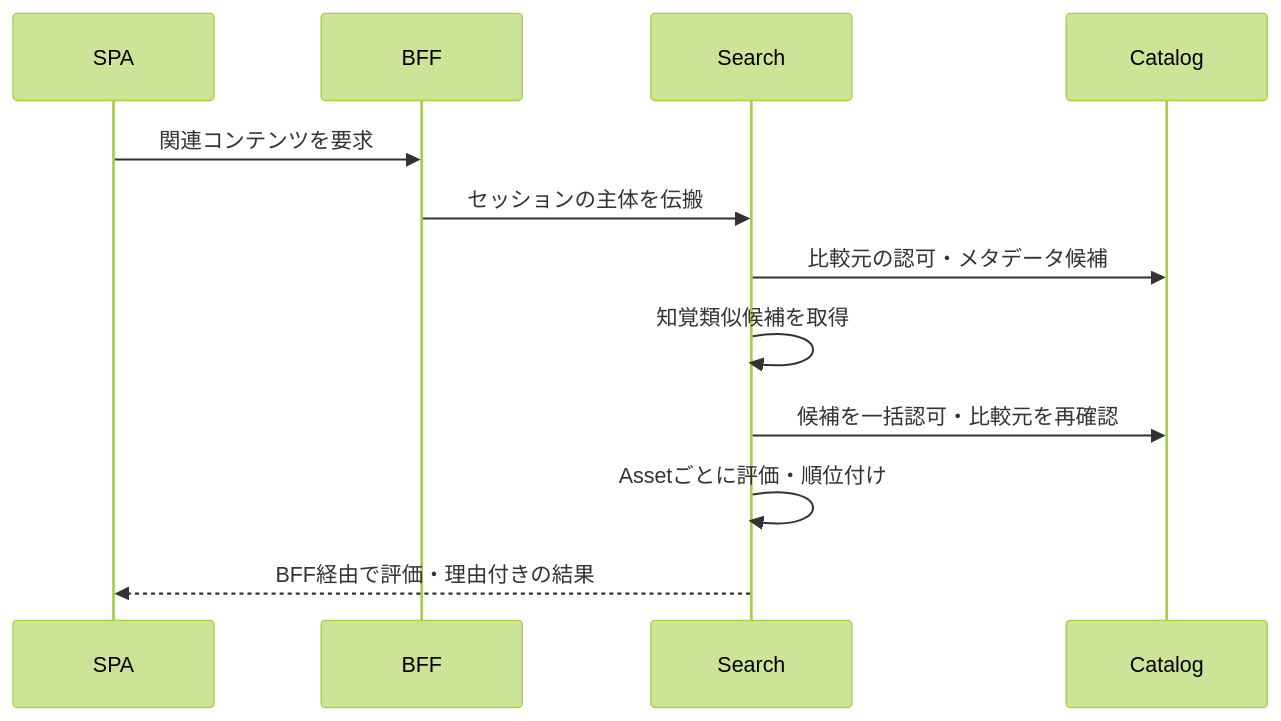
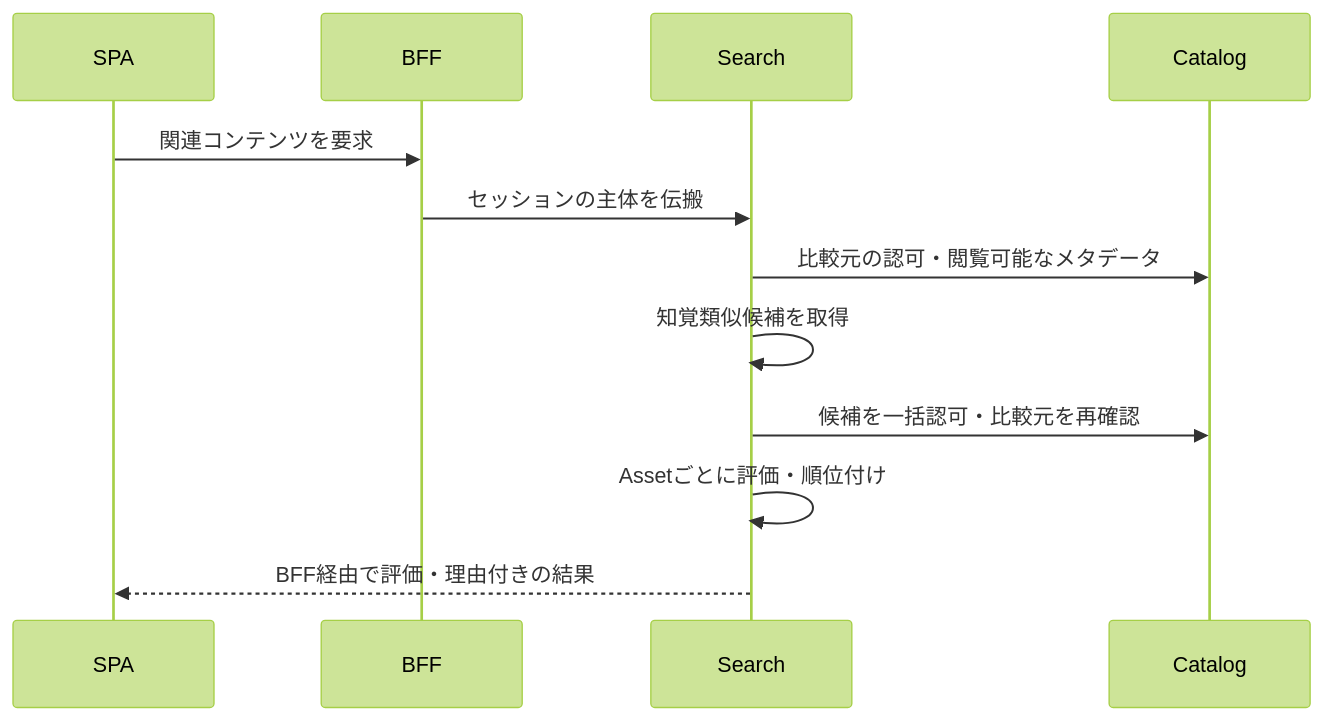
The fourth of 4 diagrams in media-storage-spec-v2.md (usbharu/ocms), drawn with Mermaid (forest theme) before and after one commit. The commit also changed other lines of this file and 2 other files, not shown here.

````diff
--- a/media-storage-spec-v2.md
+++ b/media-storage-spec-v2.md
@@ -760,14 +760,14 @@
 ```mermaid
 sequenceDiagram
     participant SPA
     participant BFF
     participant Search
     participant Catalog
     SPA->>BFF: 関連コンテンツを要求
     BFF->>Search: セッションの主体を伝搬
-    Search->>Catalog: 比較元の認可・メタデータ候補
+    Search->>Catalog: 比較元の認可・閲覧可能なメタデータ
     Search->>Search: 知覚類似候補を取得
     Search->>Catalog: 候補を一括認可・比較元を再確認
     Search->>Search: Assetごとに評価・順位付け
     Search-->>SPA: BFF経由で評価・理由付きの結果
 ```
````
